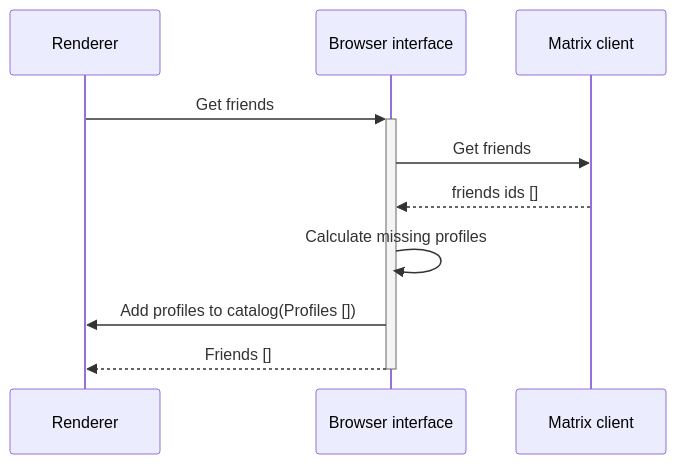
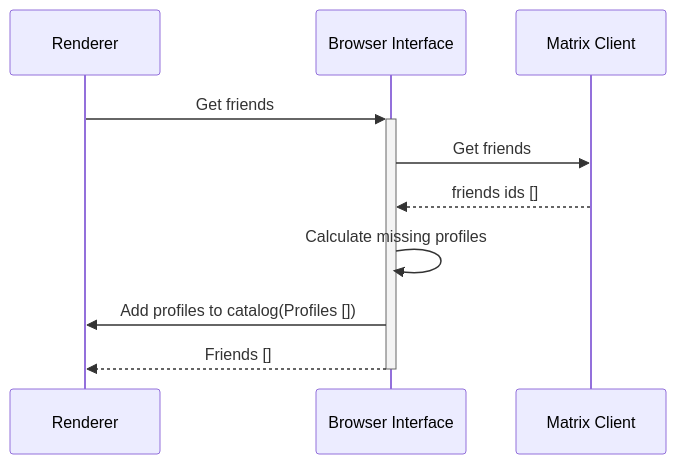
One commit to decentraland/adr changed the third of 4 diagrams in content/ADR-189-social-service-M2.md. Above: the diagram before and after it, drawn with Mermaid. The commit also changed other lines of this file, not shown here.

````diff
--- a/content/ADR-189-social-service-M2.md
+++ b/content/ADR-189-social-service-M2.md
@@ -103,13 +104,13 @@
 ```mermaid
 sequenceDiagram
     participant Renderer
-    participant Browser interface
-    participant Matrix client
+    participant Browser Interface
+    participant Matrix Client
 
-    Renderer ->>+ Browser interface: Get friends
-    Browser interface ->> Matrix client: Get friends
-    Matrix client -->> Browser interface: friends ids []
-    Browser interface ->> Browser interface: Calculate missing profiles
-    Browser interface ->> Renderer: Add profiles to catalog(Profiles [])
-    Browser interface -->>- Renderer: Friends []
+    Renderer ->>+ Browser Interface: Get friends
+    Browser Interface ->> Matrix Client: Get friends
+    Matrix Client -->> Browser Interface: friends ids []
+    Browser Interface ->> Browser Interface: Calculate missing profiles
+    Browser Interface ->> Renderer: Add profiles to catalog(Profiles [])
+    Browser Interface -->>- Renderer: Friends []
 ```
````
